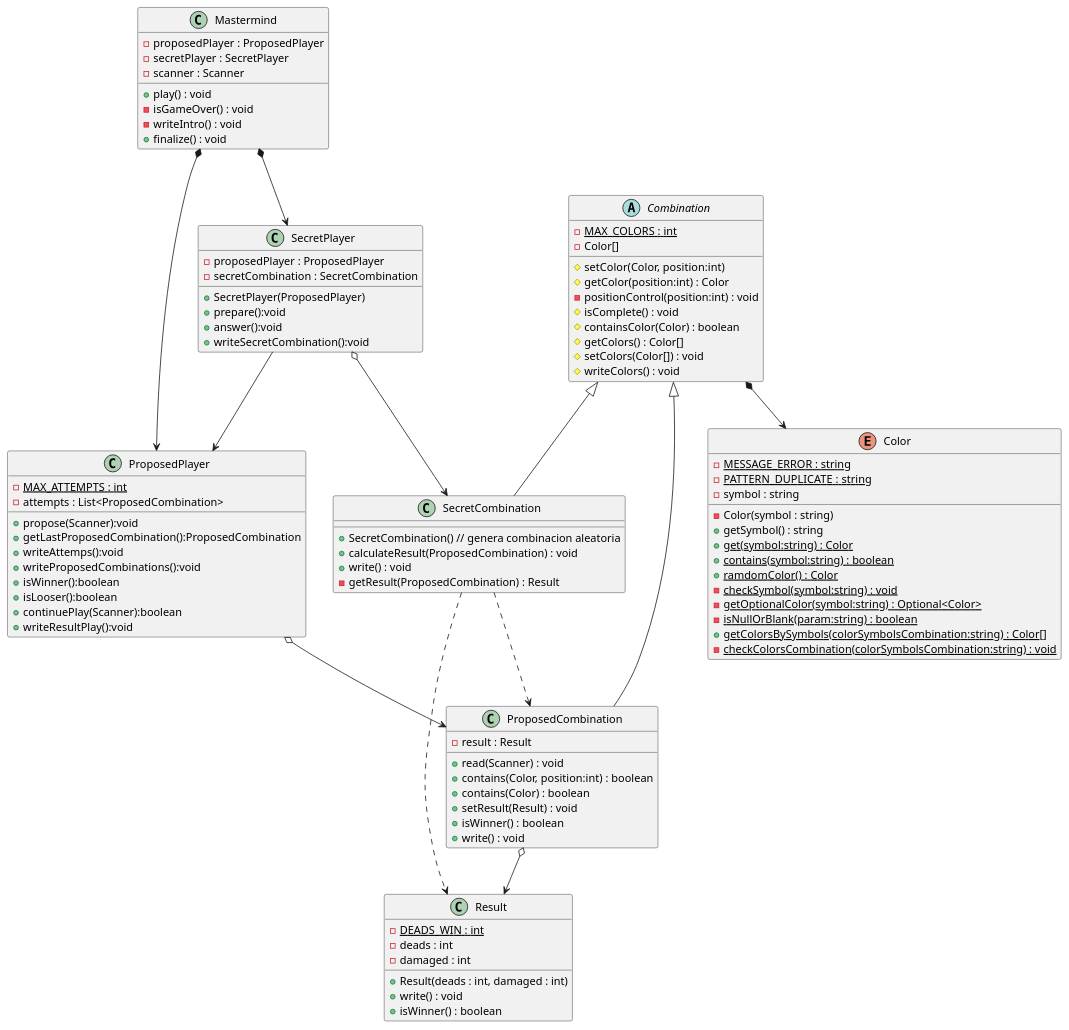
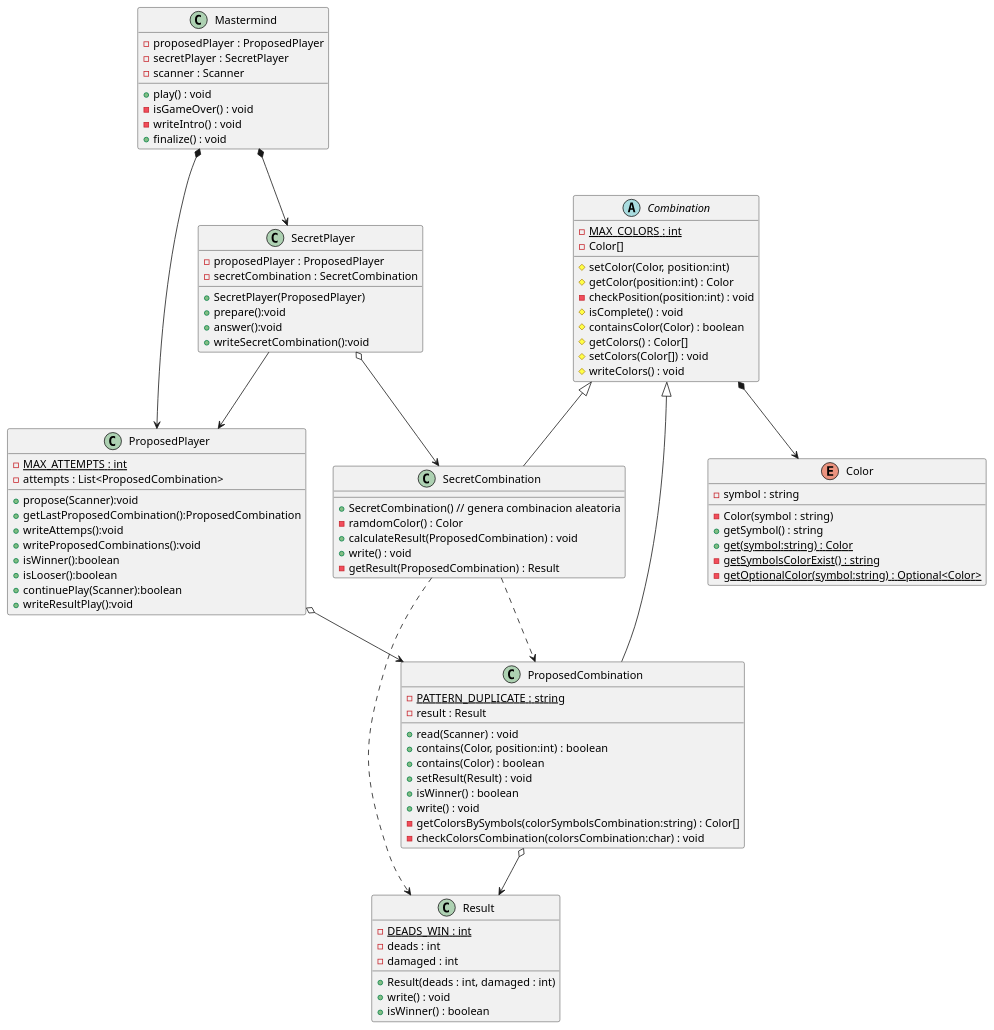
Before and after one commit to nkoutsourais/4954-DisCalSoft-Practica1: the first of 2 diagrams in README.md, drawn with PlantUML. The commit also changed other lines of this file, not shown here.

Commit message:
version 1.0

```diff
--- a/README.md
+++ b/README.md
@@ -53,7 +53,7 @@
   - Color[]
   # setColor(Color, position:int)
   # getColor(position:int) : Color
-  - positionControl(position:int) : void
+  - checkPosition(position:int) : void
   # isComplete() : void
   # containsColor(Color) : boolean
   # getColors() : Color[]
@@ -62,29 +62,24 @@
 }
 
 enum Color{
-    - {static} MESSAGE_ERROR : string
-    - {static} PATTERN_DUPLICATE : string
     - symbol : string
     - Color(symbol : string)
     + getSymbol() : string
     + {static} get(symbol:string) : Color
-    + {static} contains(symbol:string) : boolean
-    + {static} ramdomColor() : Color
-    - {static} checkSymbol(symbol:string) : void
+    - {static} getSymbolsColorExist() : string
     - {static} getOptionalColor(symbol:string) : Optional<Color>
-    - {static} isNullOrBlank(param:string) : boolean
-    + {static} getColorsBySymbols(colorSymbolsCombination:string) : Color[]
-    - {static} checkColorsCombination(colorSymbolsCombination:string) : void
 }
 
 class SecretCombination{
   + SecretCombination() // genera combinacion aleatoria
+  - ramdomColor() : Color
   + calculateResult(ProposedCombination) : void
   + write() : void
   - getResult(ProposedCombination) : Result
 }
 
 class ProposedCombination{
+  - {static} PATTERN_DUPLICATE : string
   - result : Result
   + read(Scanner) : void
   + contains(Color, position:int) : boolean
@@ -92,6 +87,8 @@
   + setResult(Result) : void
   + isWinner() : boolean
   + write() : void
+  - getColorsBySymbols(colorSymbolsCombination:string) : Color[]
+  - checkColorsCombination(colorsCombination:char) : void
 }
 
 class Result{
```
